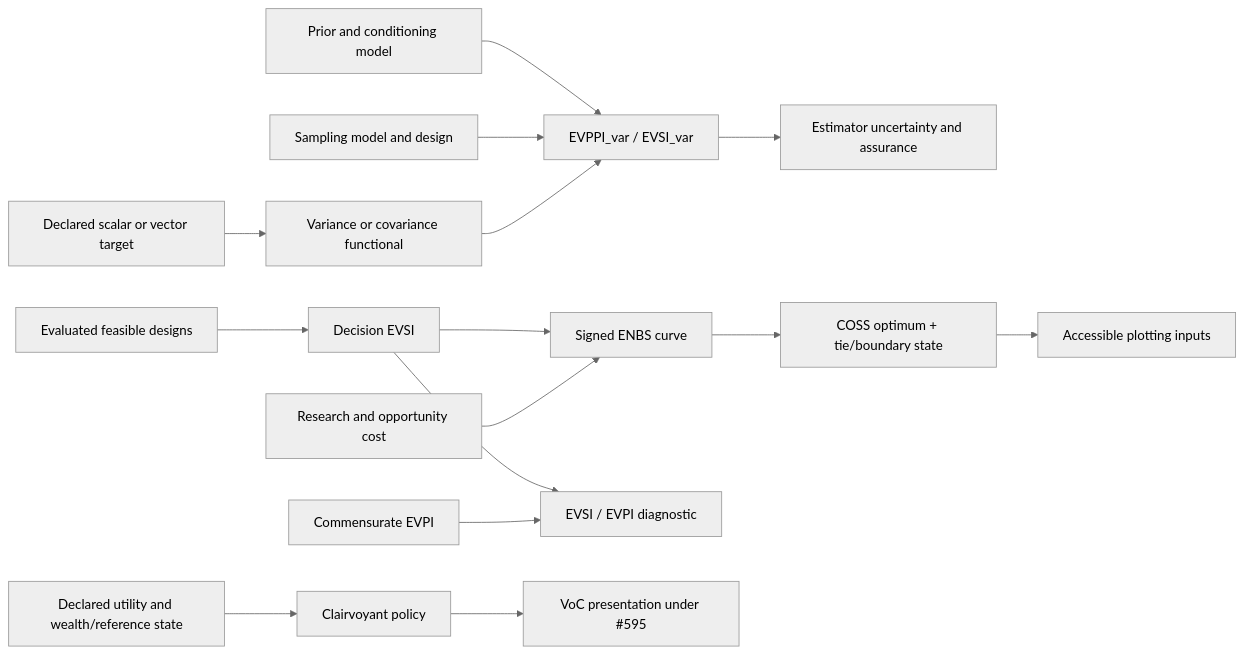
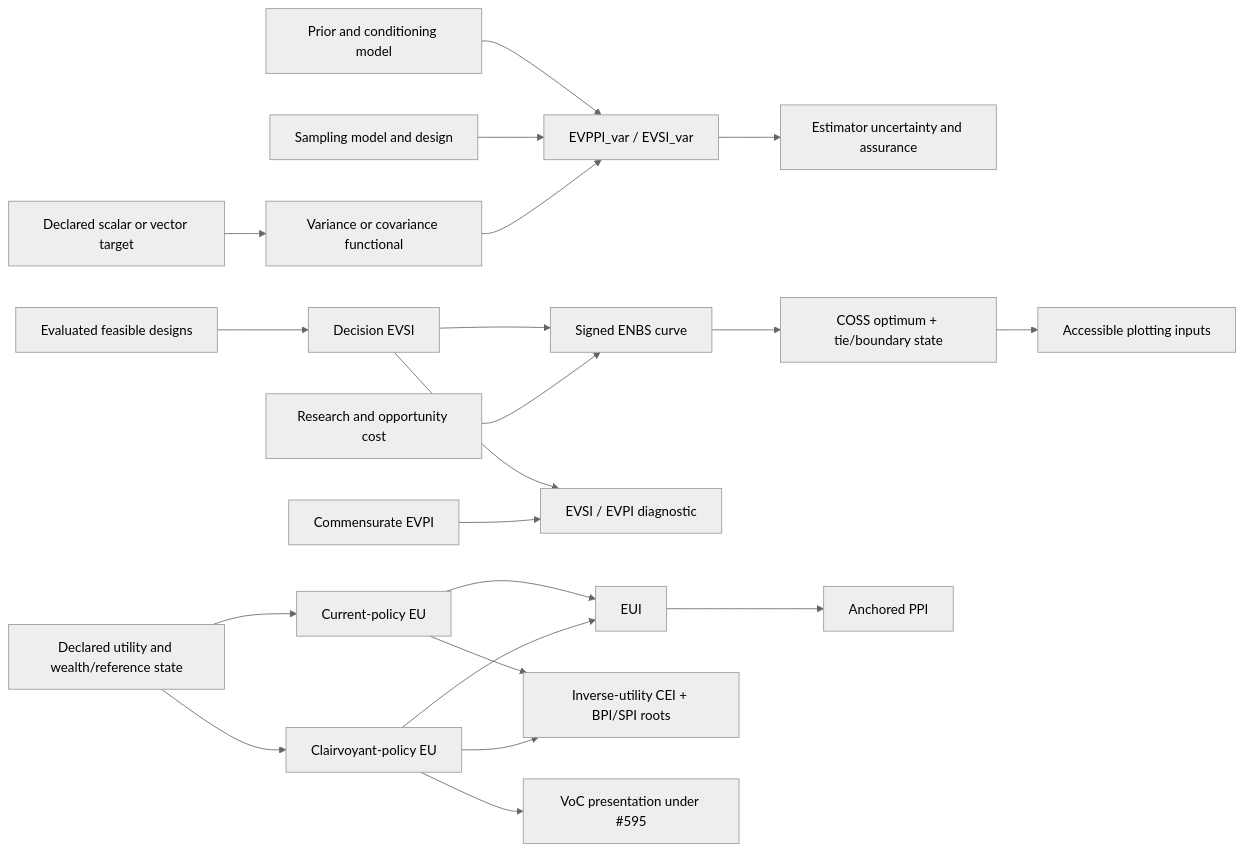
The fifth of 8 diagrams in conductor/design.md (edithatogo/vop_poc_nz), drawn with Mermaid (neutral theme) before and after one commit. The commit also changed 6 other files, not shown here.

````diff
--- a/conductor/design.md
+++ b/conductor/design.md
@@ -124,19 +124,25 @@
 ```mermaid
 flowchart LR
     Target["Declared scalar or vector target"] --> Functional["Variance or covariance functional"]
     Prior["Prior and conditioning model"] --> Estimation["EVPPI_var / EVSI_var"]
     Sampling["Sampling model and design"] --> Estimation
     Functional --> Estimation
     Estimation --> Assurance["Estimator uncertainty and assurance"]
 
     Designs["Evaluated feasible designs"] --> EVSI["Decision EVSI"]
     EVSI --> ENBS["Signed ENBS curve"]
     Cost["Research and opportunity cost"] --> ENBS
     ENBS --> COSS["COSS optimum + tie/boundary state"]
     COSS --> Plot["Accessible plotting inputs"]
     EVSI --> Efficiency["EVSI / EVPI diagnostic"]
     EVPI["Commensurate EVPI"] --> Efficiency
 
-    Utility["Declared utility and wealth/reference state"] --> Clairvoyant["Clairvoyant policy"]
+    Utility["Declared utility and wealth/reference state"] --> CurrentEU["Current-policy EU"]
+    Utility --> Clairvoyant["Clairvoyant-policy EU"]
+    CurrentEU --> EUI["EUI"]
+    Clairvoyant --> EUI
+    CurrentEU --> Prices["Inverse-utility CEI + BPI/SPI roots"]
+    Clairvoyant --> Prices
+    EUI --> PPI["Anchored PPI"]
     Clairvoyant --> VoC["VoC presentation under #595"]
 ```
````
